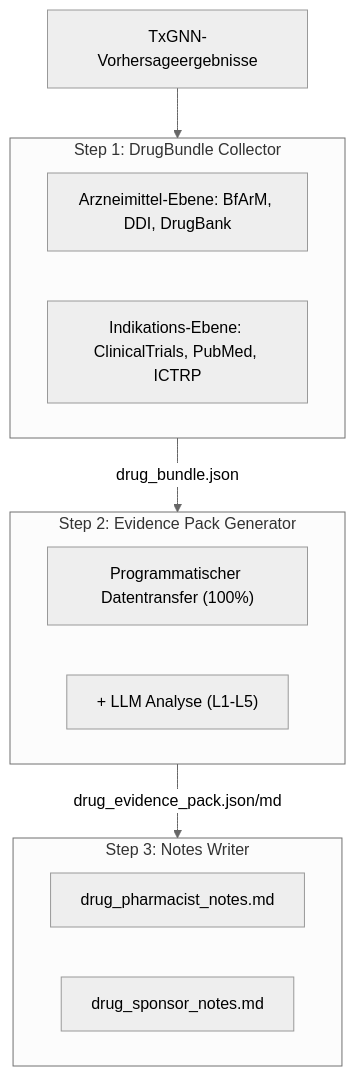
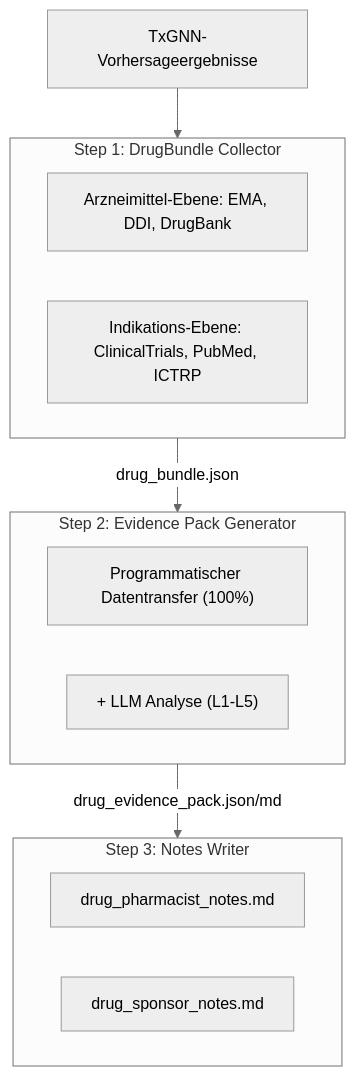
Before and after one commit to yao-care/DETxGNN: the first of 2 diagrams in README.md, drawn with Mermaid (neutral theme). The commit also changed other lines of this file and 3 other files, not shown here.

````diff
--- a/README.md
+++ b/README.md
@@ -130,18 +130,18 @@
 ```mermaid
 flowchart TD
     A["TxGNN-Vorhersageergebnisse"] --> B
     subgraph B["Step 1: DrugBundle Collector"]
-        B1["Arzneimittel-Ebene: BfArM, DDI, DrugBank"]
+        B1["Arzneimittel-Ebene: EMA, DDI, DrugBank"]
         B2["Indikations-Ebene: ClinicalTrials, PubMed, ICTRP"]
     end
     B --> |"drug_bundle.json"| C
     subgraph C["Step 2: Evidence Pack Generator"]
         C1["Programmatischer Datentransfer (100%)"]
         C2["+ LLM Analyse (L1-L5)"]
     end
     C --> |"drug_evidence_pack.json/md"| D
     subgraph D["Step 3: Notes Writer"]
         D1["drug_pharmacist_notes.md"]
         D2["drug_sponsor_notes.md"]
     end
 ```
````
